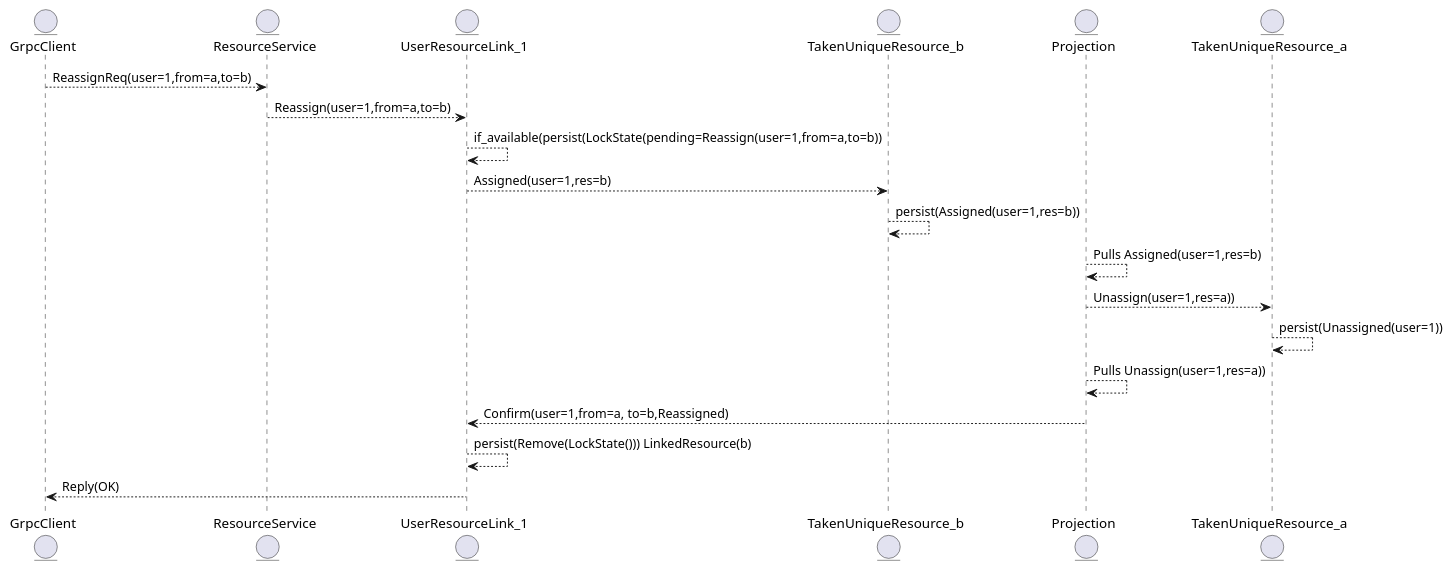
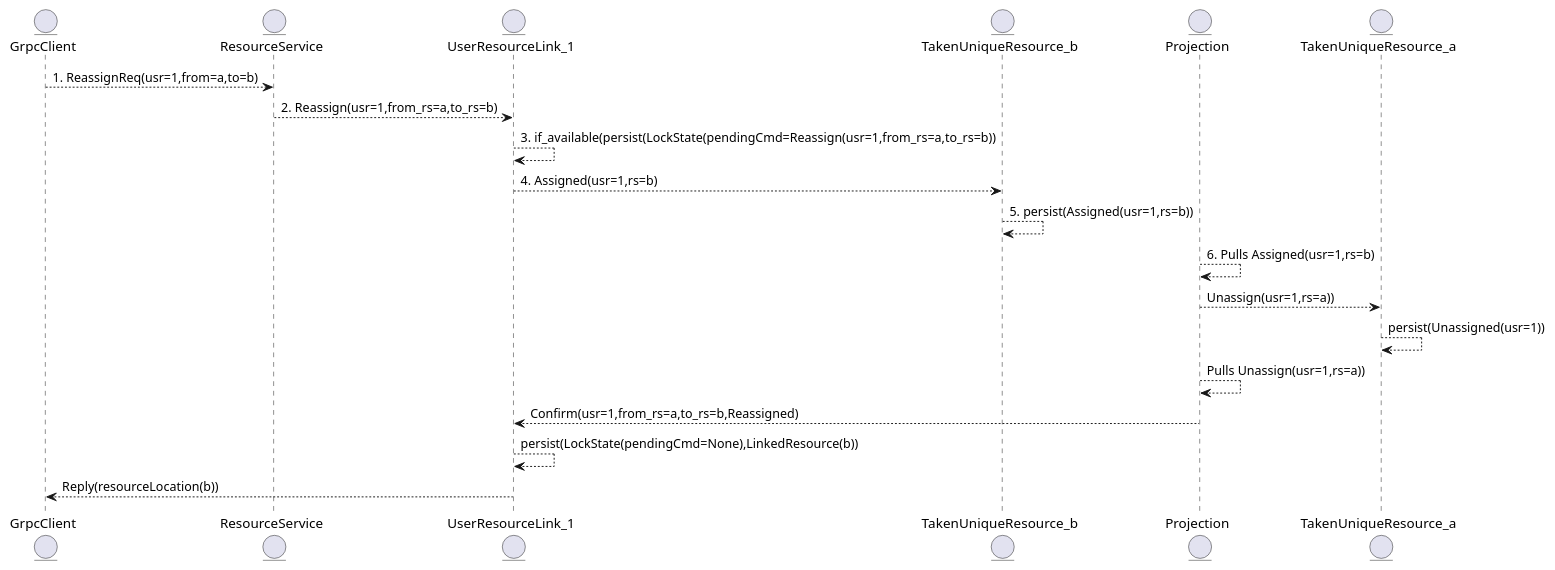
One commit to haghard/unique-resource-management changed the second of 2 diagrams in diagrams.md. Above: the diagram before and after it, drawn with PlantUML. The commit also changed other lines of this file and 17 other files, not shown here.

````diff
--- a/diagrams.md
+++ b/diagrams.md
@@ -38,33 +38,33 @@
 ```plantuml
 @startuml
 
 entity GrpcClient
 
 entity ResourceService
 
 entity UserResourceLink_1
 
 entity TakenUniqueResource_b
 
 entity Projection
 
 entity TakenUniqueResource_a
 
 
-GrpcClient --> ResourceService: ReassignReq(user=1,from=a,to=b)
-ResourceService --> UserResourceLink_1: Reassign(user=1,from=a,to=b)
-UserResourceLink_1 --> UserResourceLink_1: if_available(persist(LockState(pending=Reassign(user=1,from=a,to=b))
-UserResourceLink_1 --> TakenUniqueResource_b: Assigned(user=1,res=b)
-TakenUniqueResource_b --> TakenUniqueResource_b: persist(Assigned(user=1,res=b))
+GrpcClient --> ResourceService:1. ReassignReq(usr=1,from=a,to=b)
+ResourceService --> UserResourceLink_1:2. Reassign(usr=1,from_rs=a,to_rs=b)
+UserResourceLink_1 --> UserResourceLink_1:3. if_available(persist(LockState(pendingCmd=Reassign(usr=1,from_rs=a,to_rs=b))
+UserResourceLink_1 --> TakenUniqueResource_b:4. Assigned(usr=1,rs=b)
+TakenUniqueResource_b --> TakenUniqueResource_b:5. persist(Assigned(usr=1,rs=b))
 
-Projection --> Projection: Pulls Assigned(user=1,res=b)  
-Projection --> TakenUniqueResource_a:  Unassign(user=1,res=a))
-TakenUniqueResource_a --> TakenUniqueResource_a : persist(Unassigned(user=1))
+Projection --> Projection:6. Pulls Assigned(usr=1,rs=b)  
+Projection --> TakenUniqueResource_a:  Unassign(usr=1,rs=a))
+TakenUniqueResource_a --> TakenUniqueResource_a : persist(Unassigned(usr=1))
 
-Projection --> Projection: Pulls Unassign(user=1,res=a))
-Projection --> UserResourceLink_1: Confirm(user=1,from=a, to=b,Reassigned) 
-UserResourceLink_1 --> UserResourceLink_1: persist(Remove(LockState())) LinkedResource(b)
-UserResourceLink_1 --> GrpcClient : Reply(OK)
+Projection --> Projection: Pulls Unassign(usr=1,rs=a))
+Projection --> UserResourceLink_1: Confirm(usr=1,from_rs=a,to_rs=b,Reassigned) 
+UserResourceLink_1 --> UserResourceLink_1: persist(LockState(pendingCmd=None),LinkedResource(b))
+UserResourceLink_1 --> GrpcClient : Reply(resourceLocation(b))
 
 @enduml
 ```
````
